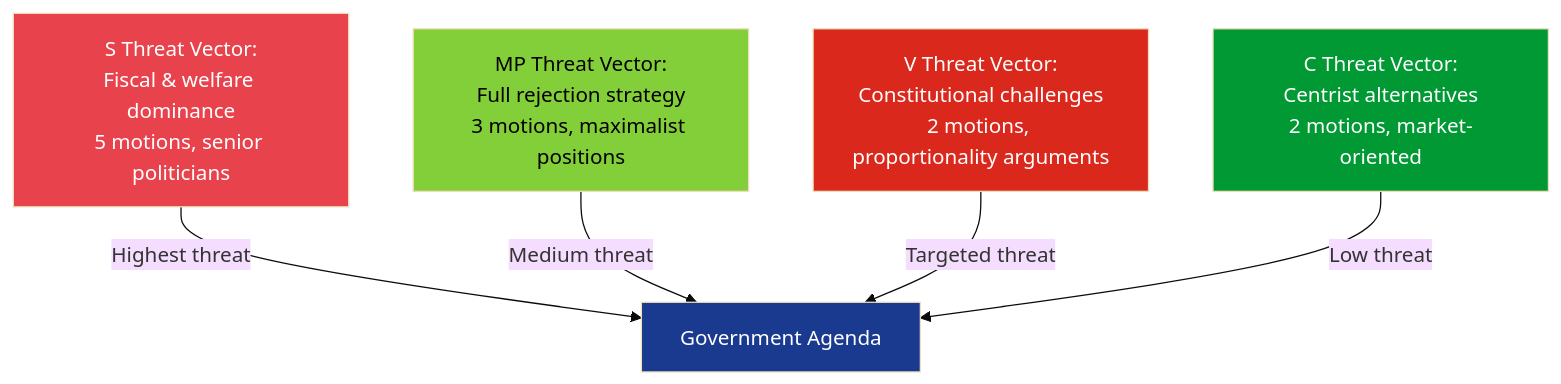
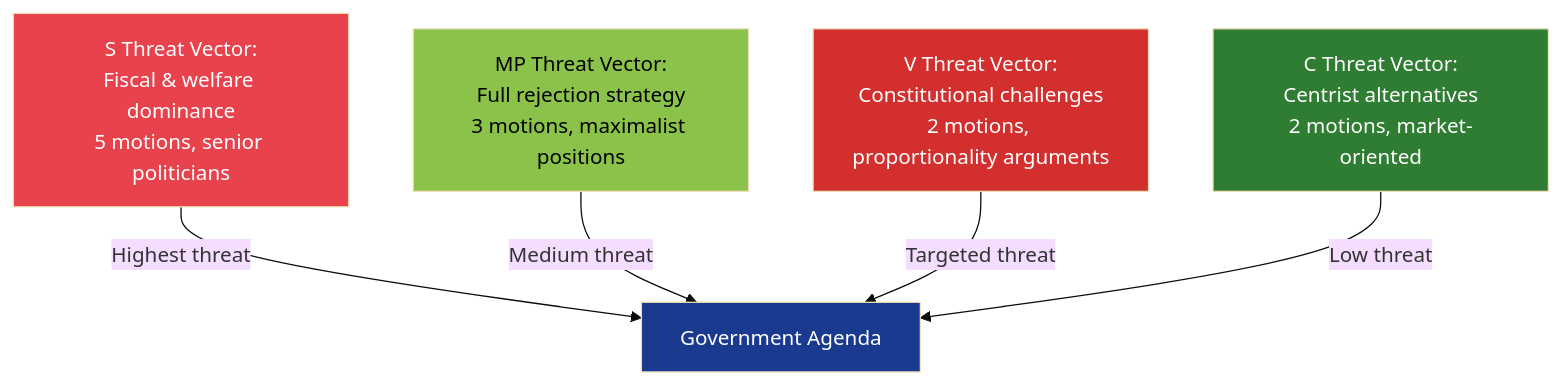
One commit to Hack23/riksdagsmonitor changed the diagram in analysis/daily/2026-04-16/motions/threat-analysis.md. Above: the diagram before and after it, drawn with Mermaid (base theme). The commit also changed 785 other files, not shown here.

First line of the commit message:
Normalize mermaid colors across 786 analysis artifacts to ISMS Style Guide palette

````diff
--- a/analysis/daily/2026-04-16/motions/threat-analysis.md
+++ b/analysis/daily/2026-04-16/motions/threat-analysis.md
@@ -16,17 +16,17 @@
 ```mermaid
 graph TD
     S_THREAT["S Threat Vector:<br/>Fiscal & welfare dominance<br/>5 motions, senior politicians"]
     MP_THREAT["MP Threat Vector:<br/>Full rejection strategy<br/>3 motions, maximalist positions"]
     V_THREAT["V Threat Vector:<br/>Constitutional challenges<br/>2 motions, proportionality arguments"]
     C_THREAT["C Threat Vector:<br/>Centrist alternatives<br/>2 motions, market-oriented"]
     GOV["Government Agenda"]
     S_THREAT -->|"Highest threat"| GOV
     MP_THREAT -->|"Medium threat"| GOV
     V_THREAT -->|"Targeted threat"| GOV
     C_THREAT -->|"Low threat"| GOV
-    style S_THREAT fill:#e8424d,color:#fff
-    style MP_THREAT fill:#83cf39,color:#000
-    style V_THREAT fill:#da291c,color:#fff
-    style C_THREAT fill:#009933,color:#fff
-    style GOV fill:#1a3a8f,color:#fff
+    style S_THREAT fill:#e8424d,color:#FFFFFF
+    style MP_THREAT fill:#8BC34A,color:#000000
+    style V_THREAT fill:#D32F2F,color:#FFFFFF
+    style C_THREAT fill:#2E7D32,color:#FFFFFF
+    style GOV fill:#1a3a8f,color:#FFFFFF
 ```
````
